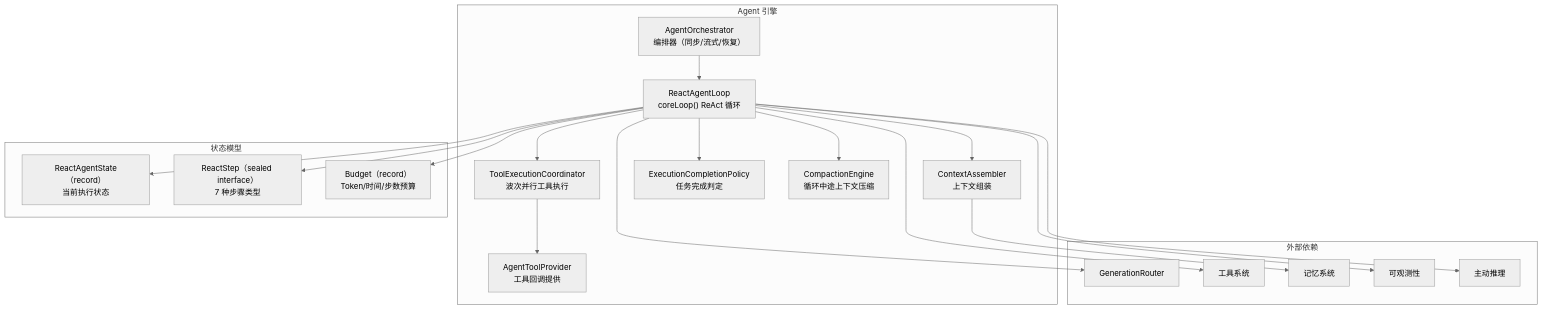
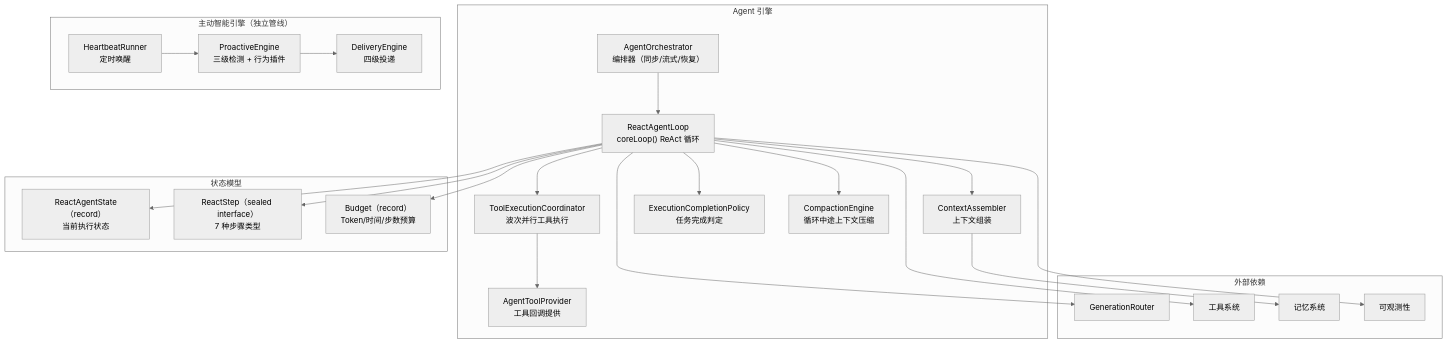
One commit to ntygod/LifePilot changed the first of 2 diagrams in docs/architecture/agent-engine.md. Above: the diagram before and after it, drawn with Mermaid (neutral theme). The commit also changed other lines of this file and 138 other files, not shown here.

First line of the commit message:
feat(proactive): 主动智能引擎 — 三级检测 + 行为插件 + 记忆模块对接 (#85)

````diff
--- a/docs/architecture/agent-engine.md
+++ b/docs/architecture/agent-engine.md
@@ -13,41 +13,47 @@
 ```mermaid
 graph TB
     subgraph "Agent 引擎"
         ORCH["AgentOrchestrator<br/>编排器（同步/流式/恢复）"]
         LOOP["ReactAgentLoop<br/>coreLoop() ReAct 循环"]
         CTX["ContextAssembler<br/>上下文组装"]
         TOOL["AgentToolProvider<br/>工具回调提供"]
         COORD["ToolExecutionCoordinator<br/>波次并行工具执行"]
         POLICY["ExecutionCompletionPolicy<br/>任务完成判定"]
         COMPACT["CompactionEngine<br/>循环中途上下文压缩"]
     end
 
     subgraph "状态模型"
         STATE["ReactAgentState（record）<br/>当前执行状态"]
         STEP["ReactStep（sealed interface）<br/>7 种步骤类型"]
         BUDGET["Budget（record）<br/>Token/时间/步数预算"]
     end
 
     subgraph "外部依赖"
         LLM["GenerationRouter"]
         TOOL_SYS["工具系统"]
         MEM["记忆系统"]
         OBS["可观测性"]
-        PROACTIVE["主动推理"]
+    end
+
+    subgraph "主动智能引擎（独立管线）"
+        HB["HeartbeatRunner<br/>定时唤醒"]
+        PE["ProactiveEngine<br/>三级检测 + 行为插件"]
+        DE["DeliveryEngine<br/>四级投递"]
     end
 
     ORCH --> LOOP
     LOOP --> STATE
     LOOP --> STEP
     LOOP --> BUDGET
     LOOP --> CTX
     LOOP --> COORD
     COORD --> TOOL
     LOOP --> POLICY
     LOOP --> COMPACT
     CTX --> MEM
     LOOP --> LLM
     LOOP --> TOOL_SYS
     LOOP --> OBS
-    LOOP --> PROACTIVE
+    HB --> PE
+    PE --> DE
 ```
````
